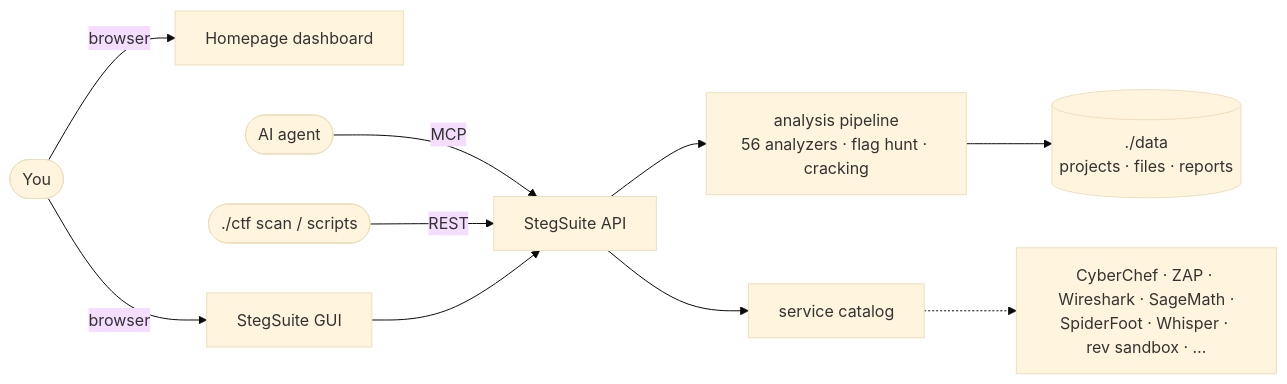
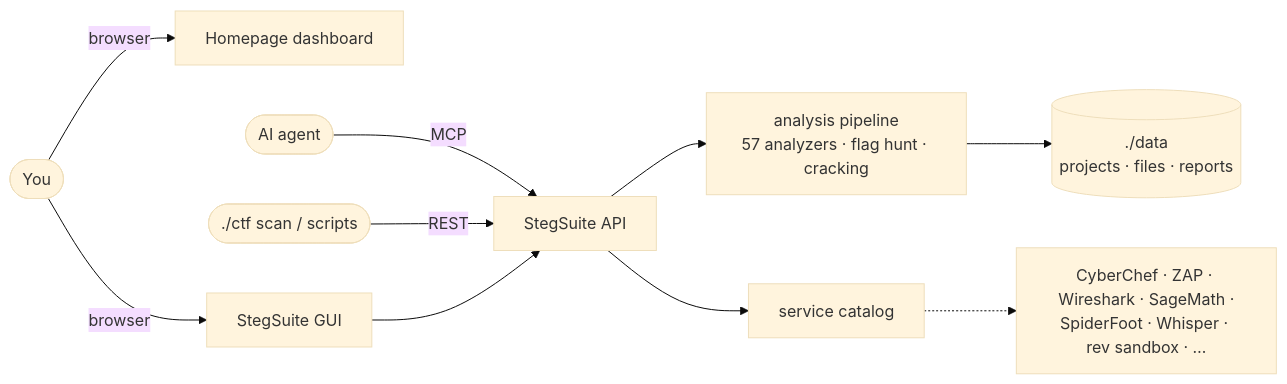
One commit to dexRand/ctf-docker changed the diagram in README.md. Above: the diagram before and after it, drawn with Mermaid (base theme). The commit also changed other lines of this file and 11 other files, not shown here.

````diff
--- a/README.md
+++ b/README.md
@@ -87,12 +87,12 @@
 ```mermaid
 flowchart LR
   you([You]) -->|browser| dash[Homepage dashboard]
   you -->|browser| ss[StegSuite GUI]
   agent([AI agent]) -->|MCP| api
   cli([./ctf scan / scripts]) -->|REST| api
   ss --> api[StegSuite API]
-  api --> pipe[analysis pipeline<br/>56 analyzers · flag hunt · cracking]
+  api --> pipe[analysis pipeline<br/>57 analyzers · flag hunt · cracking]
   pipe --> data[(./data<br/>projects · files · reports)]
   api --> svc[service catalog]
   svc -.-> tools[CyberChef · ZAP · Wireshark · SageMath ·<br/>SpiderFoot · Whisper · rev sandbox · …]
 ```
````
